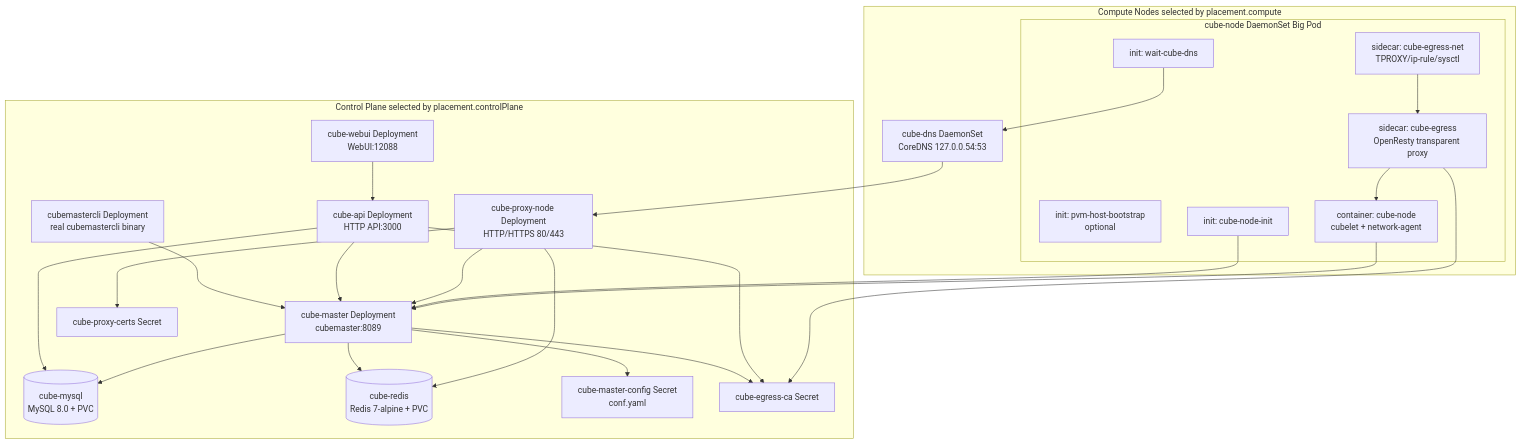
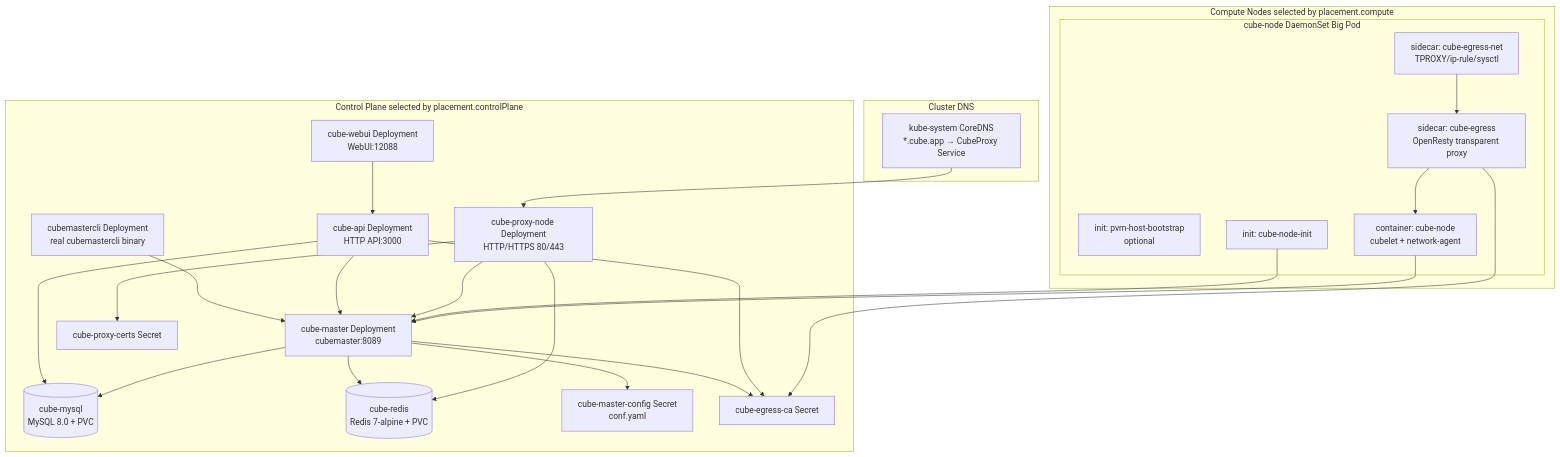
The first of 11 diagrams in deploy/kubernetes/chart/docs/ARCHITECTURE.md (TencentCloud/CubeSandbox), drawn with Mermaid before and after one commit. The commit also changed other lines of this file and 12 other files, not shown here.

First line of the commit message:
refactor(kubernetes): replace node-local cube-dns with cluster CoreDNS integration

````diff
--- a/deploy/kubernetes/chart/docs/ARCHITECTURE.md
+++ b/deploy/kubernetes/chart/docs/ARCHITECTURE.md
@@ -21,47 +22,48 @@
 ```mermaid
 flowchart TB
   subgraph CP["Control Plane selected by placement.controlPlane"]
     CM["cube-master Deployment\ncubemaster:8089"]
     API["cube-api Deployment\nHTTP API:3000"]
     WEB["cube-webui Deployment\nWebUI:12088"]
     CLI["cubemastercli Deployment\nreal cubemastercli binary"]
     MYSQL[("cube-mysql\nMySQL 8.0 + PVC")]
     REDIS[("cube-redis\nRedis 7-alpine + PVC")]
     PROXY["cube-proxy-node Deployment\nHTTP/HTTPS 80/443"]
     CMS["cube-master-config Secret\nconf.yaml"]
     CA["cube-egress-ca Secret"]
     CERT["cube-proxy-certs Secret"]
   end
 
+  subgraph CLUSTER["Cluster DNS"]
+    KDNS["kube-system CoreDNS\n*.cube.app → CubeProxy Service"]
+  end
+
   subgraph COMPUTE["Compute Nodes selected by placement.compute"]
-    DNS["cube-dns DaemonSet\nCoreDNS 127.0.0.54:53"]
     subgraph NODE["cube-node DaemonSet Big Pod"]
-      WAITDNS["init: wait-cube-dns"]
       PVM["init: pvm-host-bootstrap\noptional"]
       INIT["init: cube-node-init"]
       CUBELET["container: cube-node\ncubelet + network-agent"]
       EG["sidecar: cube-egress\nOpenResty transparent proxy"]
       EGNET["sidecar: cube-egress-net\nTPROXY/ip-rule/sysctl"]
     end
   end
 
   WEB --> API
   CLI --> CM
   API --> CM
   API --> MYSQL
   CM --> MYSQL
   CM --> REDIS
   CM --> CMS
   CM --> CA
   API --> CA
   PROXY --> REDIS
   PROXY --> CM
   PROXY --> CERT
-  DNS --> PROXY
-  WAITDNS --> DNS
+  KDNS --> PROXY
   INIT --> CM
   CUBELET --> CM
   EG --> CA
   EG --> CUBELET
   EGNET --> EG
 ```
````
